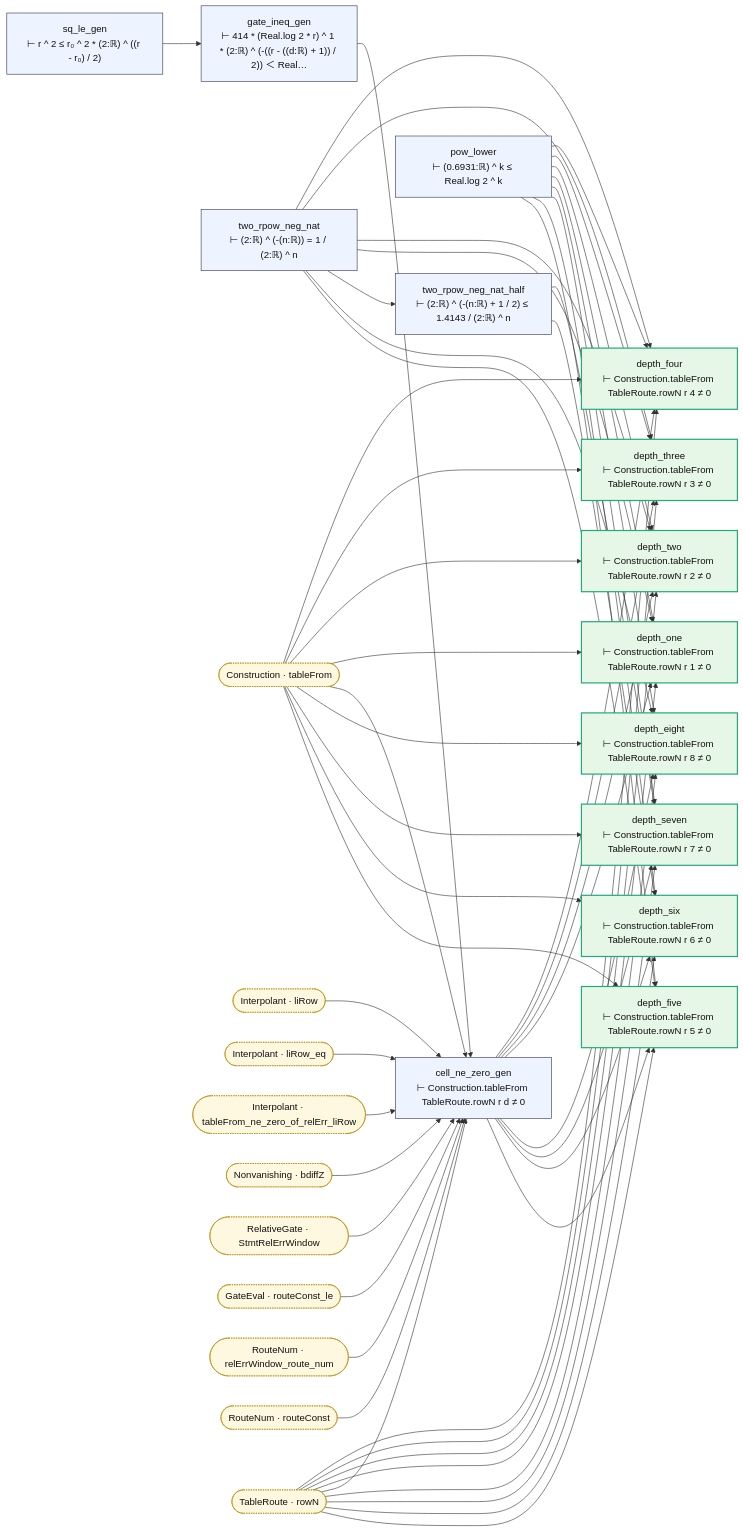
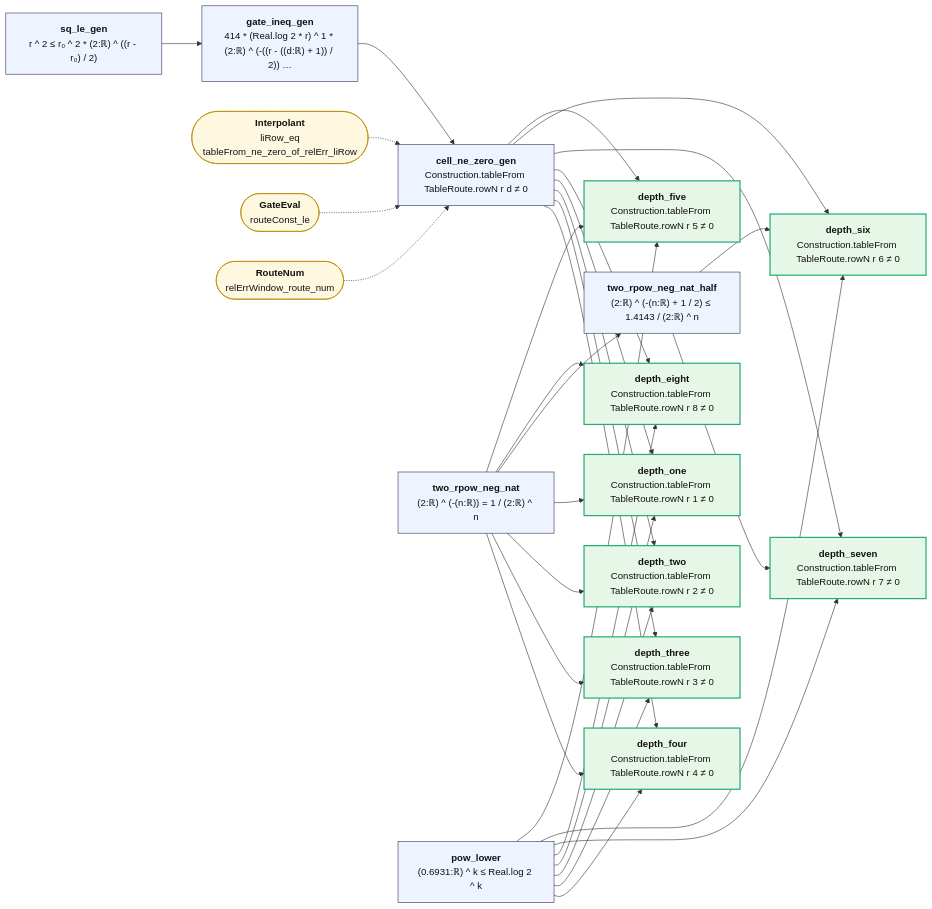
One commit to juliansambranojr/Primebeat_081426 changed the diagram in map/lean_stage3/TableDepths.md. Above: the diagram before and after it, drawn with Mermaid. The commit also changed other lines of this file and 387 other files, not shown here.

````diff
--- a/map/lean_stage3/TableDepths.md
+++ b/map/lean_stage3/TableDepths.md
@@ -8,29 +12,22 @@
 ```mermaid
 flowchart LR
-  n0["sq_le_gen<br/>⊢ r ^ 2 ≤ r₀ ^ 2 * (2:ℝ) ^ ((r - r₀) / 2)"]:::thm
-  n1["gate_ineq_gen<br/>⊢ 414 * (Real.log 2 * r) ^ 1 * (2:ℝ) ^ (-((r - ((d:ℝ) + 1)) / 2)) ＜ Real…"]:::thm
-  n2["cell_ne_zero_gen<br/>⊢ Construction.tableFrom TableRoute.rowN r d ≠ 0"]:::thm
-  n3["two_rpow_neg_nat<br/>⊢ (2:ℝ) ^ (-(n:ℝ)) = 1 / (2:ℝ) ^ n"]:::thm
-  n4["two_rpow_neg_nat_half<br/>⊢ (2:ℝ) ^ (-(n:ℝ) + 1 / 2) ≤ 1.4143 / (2:ℝ) ^ n"]:::thm
-  n5["pow_lower<br/>⊢ (0.6931:ℝ) ^ k ≤ Real.log 2 ^ k"]:::thm
-  n6["depth_one<br/>⊢ Construction.tableFrom TableRoute.rowN r 1 ≠ 0"]:::end_
-  n7["depth_two<br/>⊢ Construction.tableFrom TableRoute.rowN r 2 ≠ 0"]:::end_
-  n8["depth_three<br/>⊢ Construction.tableFrom TableRoute.rowN r 3 ≠ 0"]:::end_
-  n9["depth_four<br/>⊢ Construction.tableFrom TableRoute.rowN r 4 ≠ 0"]:::end_
-  n10["depth_five<br/>⊢ Construction.tableFrom TableRoute.rowN r 5 ≠ 0"]:::end_
-  n11["depth_six<br/>⊢ Construction.tableFrom TableRoute.rowN r 6 ≠ 0"]:::end_
-  n12["depth_seven<br/>⊢ Construction.tableFrom TableRoute.rowN r 7 ≠ 0"]:::end_
-  n13["depth_eight<br/>⊢ Construction.tableFrom TableRoute.rowN r 8 ≠ 0"]:::end_
-  x0(["Construction · tableFrom"]):::ext
-  x1(["Interpolant · liRow"]):::ext
-  x2(["Interpolant · liRow_eq"]):::ext
-  x3(["Interpolant · tableFrom_ne_zero_of_relErr_liRow"]):::ext
-  x4(["Nonvanishing · bdiffZ"]):::ext
-  x5(["RelativeGate · StmtRelErrWindow"]):::ext
-  x6(["GateEval · routeConst_le"]):::ext
-  x7(["RouteNum · relErrWindow_route_num"]):::ext
-  x8(["RouteNum · routeConst"]):::ext
-  x9(["TableRoute · rowN"]):::ext
+  n0["<b>sq_le_gen</b><br/>r ^ 2 ≤ r₀ ^ 2 * (2:ℝ) ^ ((r - r₀) / 2)"]:::thm
+  n1["<b>gate_ineq_gen</b><br/>414 * (Real.log 2 * r) ^ 1 * (2:ℝ) ^ (-((r - ((d:ℝ) + 1)) / 2)) …"]:::thm
+  n2["<b>cell_ne_zero_gen</b><br/>Construction.tableFrom TableRoute.rowN r d ≠ 0"]:::thm
+  n3["<b>two_rpow_neg_nat</b><br/>(2:ℝ) ^ (-(n:ℝ)) = 1 / (2:ℝ) ^ n"]:::thm
+  n4["<b>two_rpow_neg_nat_half</b><br/>(2:ℝ) ^ (-(n:ℝ) + 1 / 2) ≤ 1.4143 / (2:ℝ) ^ n"]:::thm
+  n5["<b>pow_lower</b><br/>(0.6931:ℝ) ^ k ≤ Real.log 2 ^ k"]:::thm
+  n6["<b>depth_one</b><br/>Construction.tableFrom TableRoute.rowN r 1 ≠ 0"]:::end_
+  n7["<b>depth_two</b><br/>Construction.tableFrom TableRoute.rowN r 2 ≠ 0"]:::end_
+  n8["<b>depth_three</b><br/>Construction.tableFrom TableRoute.rowN r 3 ≠ 0"]:::end_
+  n9["<b>depth_four</b><br/>Construction.tableFrom TableRoute.rowN r 4 ≠ 0"]:::end_
+  n10["<b>depth_five</b><br/>Construction.tableFrom TableRoute.rowN r 5 ≠ 0"]:::end_
+  n11["<b>depth_six</b><br/>Construction.tableFrom TableRoute.rowN r 6 ≠ 0"]:::end_
+  n12["<b>depth_seven</b><br/>Construction.tableFrom TableRoute.rowN r 7 ≠ 0"]:::end_
+  n13["<b>depth_eight</b><br/>Construction.tableFrom TableRoute.rowN r 8 ≠ 0"]:::end_
+  x0(["<b>Interpolant</b><br/>liRow_eq<br/>tableFrom_ne_zero_of_relErr_liRow"]):::ext
+  x1(["<b>GateEval</b><br/>routeConst_le"]):::ext
+  x2(["<b>RouteNum</b><br/>relErrWindow_route_num"]):::ext
   n0 --> n1
   n1 --> n2
   n2 --> n10
@@ -58,36 +55,12 @@
   n5 --> n7
   n5 --> n8
   n5 --> n9
-  x0 --> n10
-  x0 --> n11
-  x0 --> n12
-  x0 --> n13
-  x0 --> n2
-  x0 --> n6
-  x0 --> n7
-  x0 --> n8
-  x0 --> n9
-  x1 --> n2
-  x2 --> n2
-  x3 --> n2
-  x4 --> n2
-  x5 --> n2
-  x6 --> n2
-  x7 --> n2
-  x8 --> n2
-  x9 --> n10
-  x9 --> n11
-  x9 --> n12
-  x9 --> n13
-  x9 --> n2
-  x9 --> n6
-  x9 --> n7
-  x9 --> n8
-  x9 --> n9
+  x0 -.-> n2
+  x1 -.-> n2
+  x2 -.-> n2
   classDef thm fill:#eef4ff,stroke:#335,color:#111
-  classDef dfn fill:#f2f2f2,stroke:#777,color:#111
   classDef end_ fill:#e7f7e7,stroke:#2a7,color:#111,stroke-width:2px
   classDef lone fill:#fff,stroke:#999,color:#111,stroke-dasharray:4 3
   classDef bad fill:#ffe5e5,stroke:#c22,color:#111,stroke-width:2px
-  classDef ext fill:#fff8e1,stroke:#b80,color:#111,stroke-dasharray:2 2
+  classDef ext fill:#fff8e1,stroke:#b80,color:#111
 ```
````
